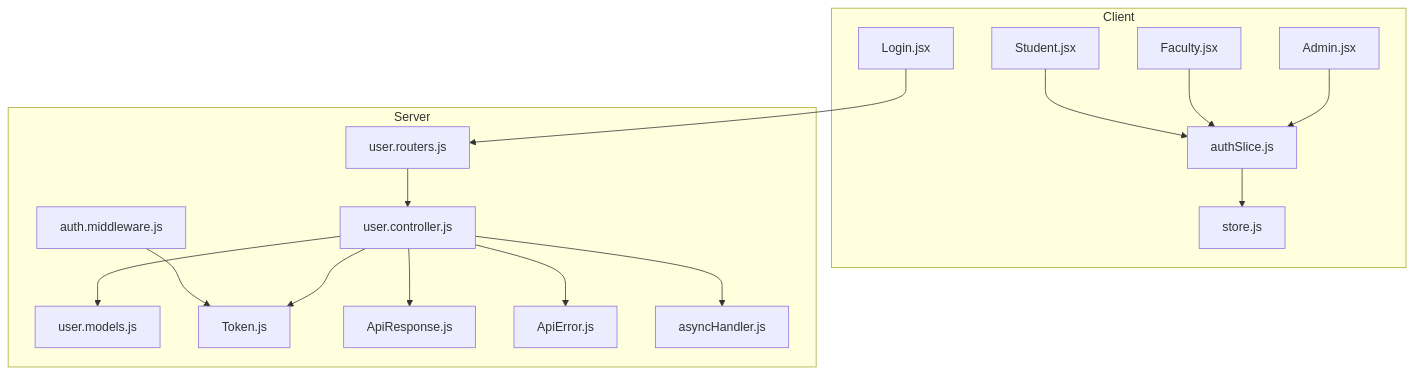
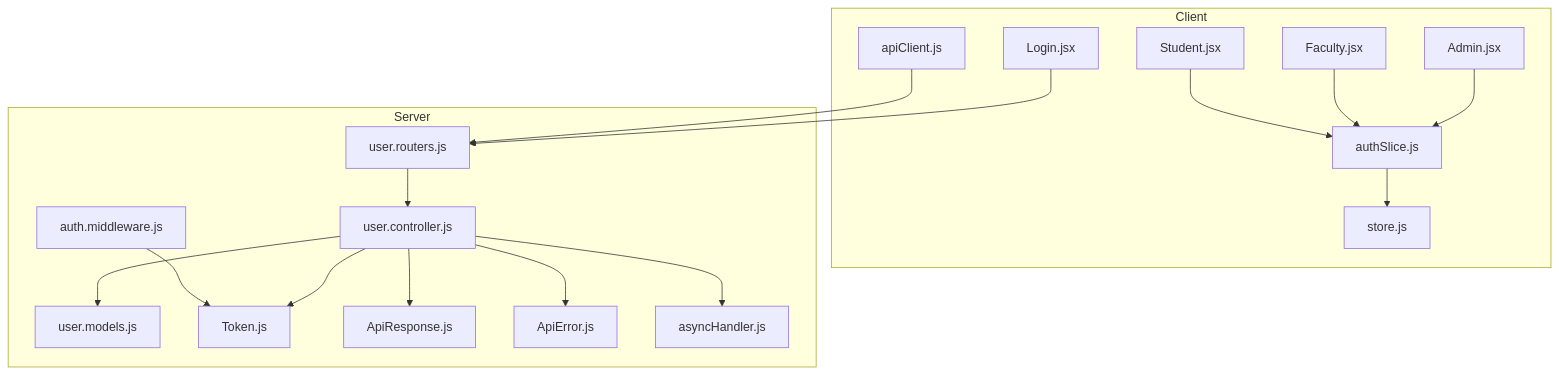
One commit to Aryan9060/Timetable-Project changed diagram 11 of 11 in .qoder/repowiki/en/content/Authentication & Authorization/Authentication & Authorization.md. Above: the diagram before and after it, drawn with Mermaid. The commit also changed other lines of this file and 7 other files, not shown here.

````diff
--- a/.qoder/repowiki/en/content/Authentication & Authorization/Authentication & Authorization.md
+++ b/.qoder/repowiki/en/content/Authentication & Authorization/Authentication & Authorization.md
@@ -500,33 +532,35 @@
 ```mermaid
 graph TB
 subgraph "Client"
 LS["authSlice.js"]
 ST["store.js"]
 LG["Login.jsx"]
 AD["Admin.jsx"]
 FA["Faculty.jsx"]
 SD["Student.jsx"]
+AC["apiClient.js"]
 end
 subgraph "Server"
 UR["user.routers.js"]
 UC["user.controller.js"]
 UM["user.models.js"]
 AM["auth.middleware.js"]
 TK["Token.js"]
 AR["ApiResponse.js"]
 AE["ApiError.js"]
 AH["asyncHandler.js"]
 end
 LG --> UR
 UR --> UC
 UC --> UM
 UC --> TK
 UC --> AR
 UC --> AE
 UC --> AH
 AM --> TK
 AD --> LS
 FA --> LS
 SD --> LS
 LS --> ST
+AC --> UR
 ```
````
